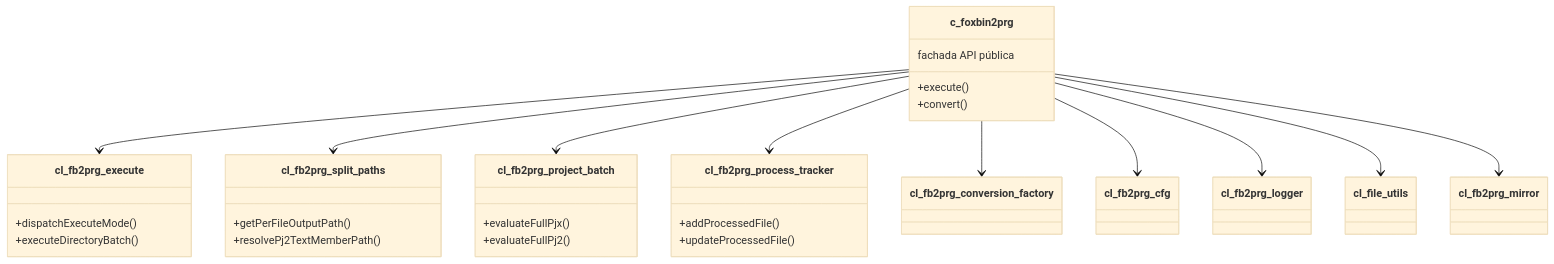
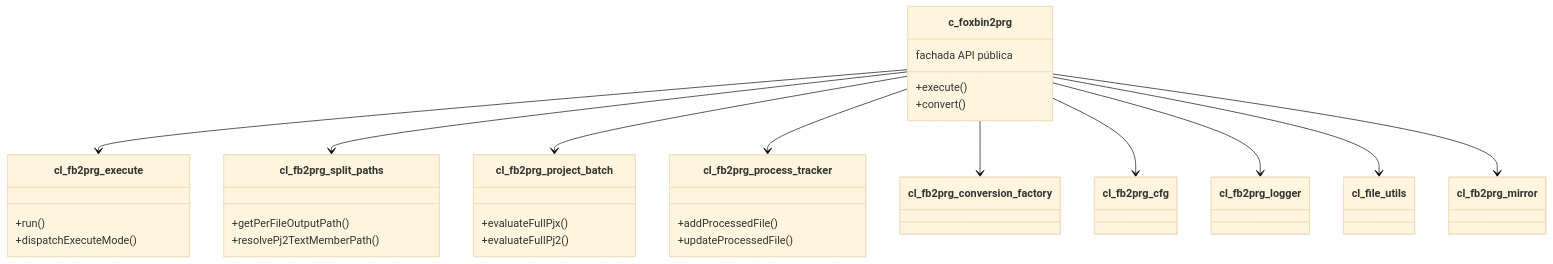
Before and after one commit to lkmatsumura/foxbin2prg: the third of 3 diagrams in docs/c_foxbin2prg_ClassAnalysis.md, drawn with Mermaid (base theme). The commit also changed other lines of this file and 5 other files, not shown here.

````diff
--- a/docs/c_foxbin2prg_ClassAnalysis.md
+++ b/docs/c_foxbin2prg_ClassAnalysis.md
@@ -607,34 +631,34 @@
 ```mermaid
 classDiagram
     class c_foxbin2prg {
         +execute()
         +convert()
         fachada API pública
     }
     class cl_fb2prg_execute {
+        +run()
         +dispatchExecuteMode()
-        +executeDirectoryBatch()
     }
     class cl_fb2prg_split_paths {
         +getPerFileOutputPath()
         +resolvePj2TextMemberPath()
     }
     class cl_fb2prg_project_batch {
         +evaluateFullPjx()
         +evaluateFullPj2()
     }
     class cl_fb2prg_process_tracker {
         +addProcessedFile()
         +updateProcessedFile()
     }
 
     c_foxbin2prg --> cl_fb2prg_execute
     c_foxbin2prg --> cl_fb2prg_split_paths
     c_foxbin2prg --> cl_fb2prg_project_batch
     c_foxbin2prg --> cl_fb2prg_process_tracker
     c_foxbin2prg --> cl_fb2prg_conversion_factory
     c_foxbin2prg --> cl_fb2prg_cfg
     c_foxbin2prg --> cl_fb2prg_logger
     c_foxbin2prg --> cl_file_utils
     c_foxbin2prg --> cl_fb2prg_mirror
 ```
````
